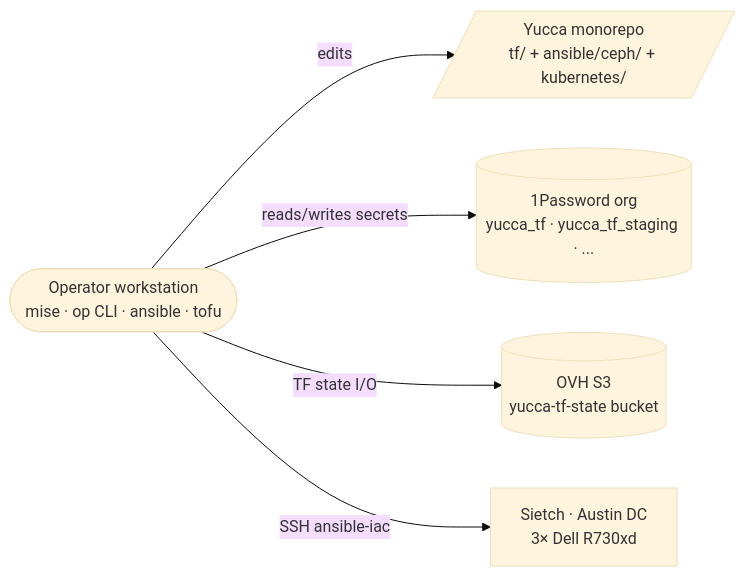
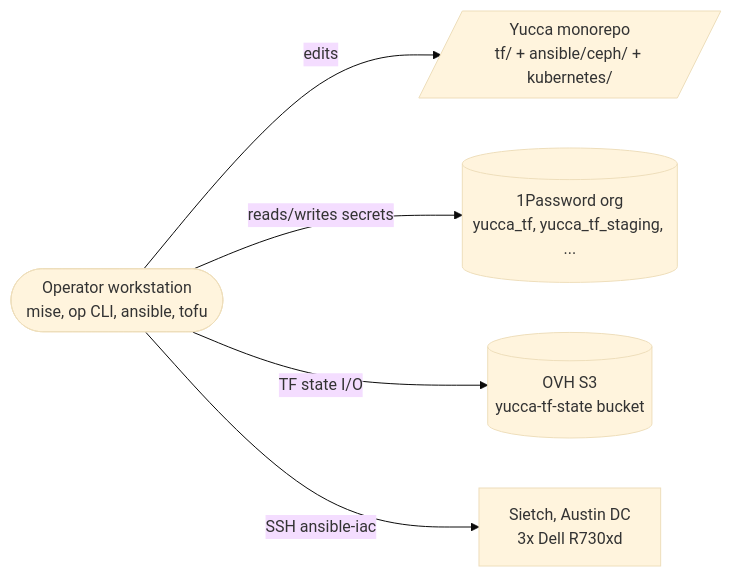
Before and after one commit to immich-app/yucca: the first of 11 diagrams in ansible/ceph/docs/architecture.md, drawn with Mermaid (base theme). The commit also changed other lines of this file and 18 other files, not shown here.

````diff
--- a/ansible/ceph/docs/architecture.md
+++ b/ansible/ceph/docs/architecture.md
@@ -15,13 +15,13 @@
 ```mermaid
 flowchart LR
-    OP([Operator workstation<br/>mise · op CLI · ansible · tofu])
+    OP([Operator workstation<br/>mise, op CLI, ansible, tofu])
     YUCCA[/Yucca monorepo<br/>tf/ + ansible/ceph/ + kubernetes//]
-    ONEP[("1Password org<br/>yucca_tf · yucca_tf_staging · ...")]
+    ONEP[("1Password org<br/>yucca_tf, yucca_tf_staging, ...")]
     S3[("OVH S3<br/>yucca-tf-state bucket")]
-    SIETCH["Sietch · Austin DC<br/>3× Dell R730xd"]
+    SIETCH["Sietch, Austin DC<br/>3x Dell R730xd"]
 
     OP -->|edits| YUCCA
     OP -->|reads/writes secrets| ONEP
     OP -->|TF state I/O| S3
     OP -->|SSH ansible-iac| SIETCH
 ```
````
